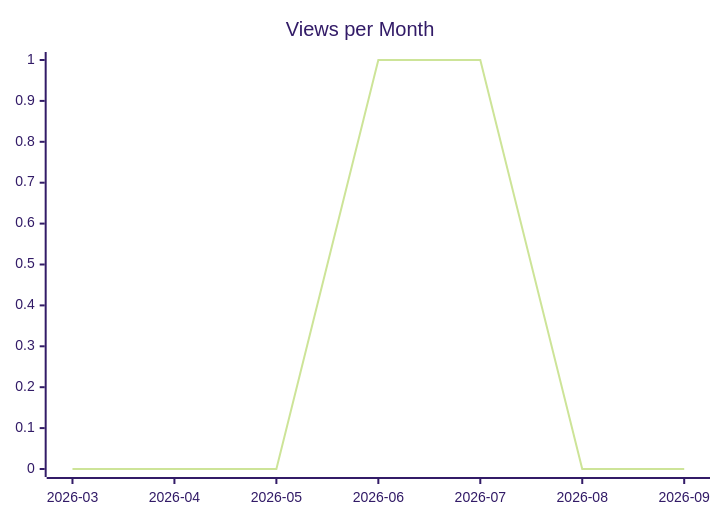
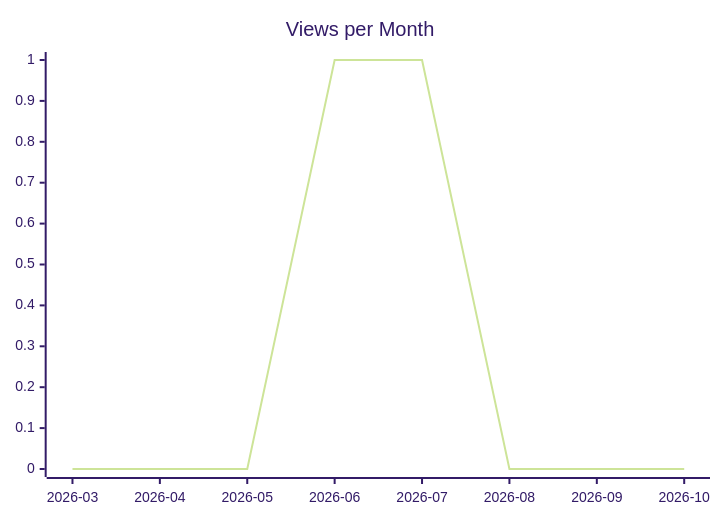
One commit to justdavis-family/github-analytics-data changed the second of 3 diagrams in karlmdavis/m2e-core/README.md. Above: the diagram before and after it, drawn with Mermaid (forest theme). The commit also changed other lines of this file and 202 other files, not shown here.

````diff
--- a/karlmdavis/m2e-core/README.md
+++ b/karlmdavis/m2e-core/README.md
@@ -12,6 +12,6 @@
 ```mermaid
 xychart-beta
   title "Views per Month"
-  x-axis ["2026-03", "2026-04", "2026-05", "2026-06", "2026-07", "2026-08", "2026-09"]
-  line [0, 0, 0, 1, 1, 0, 0]
+  x-axis ["2026-03", "2026-04", "2026-05", "2026-06", "2026-07", "2026-08", "2026-09", "2026-10"]
+  line [0, 0, 0, 1, 1, 0, 0, 0]
 ```
````
